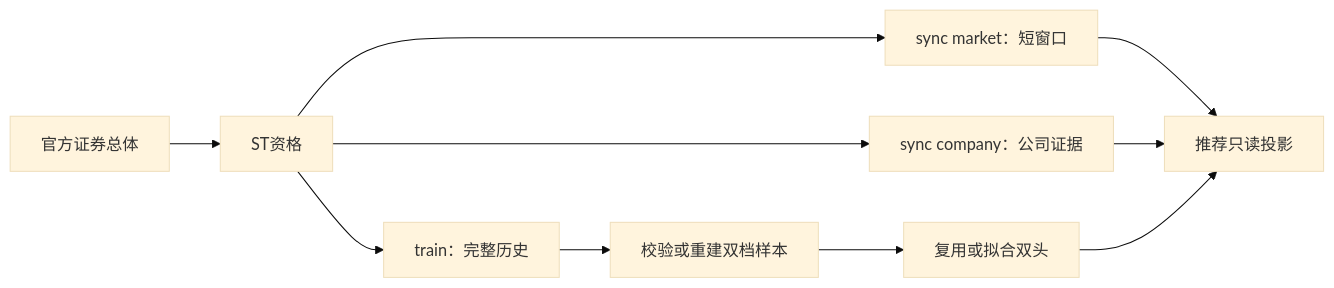
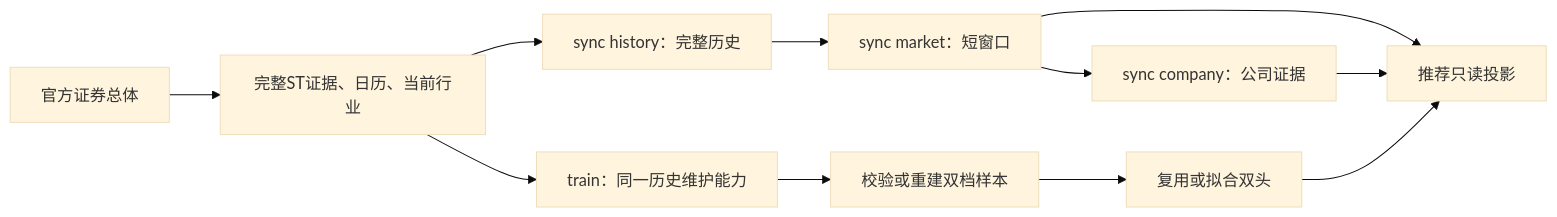
Before and after one commit to 373699756/trader: the first of 2 diagrams in docs/4_下载训练.md, drawn with Mermaid (base theme). The commit also changed other lines of this file and 135 other files, not shown here.

```diff
--- a/docs/4_下载训练.md
+++ b/docs/4_下载训练.md
@@ -24,12 +25,13 @@
 ~~~mermaid
 flowchart LR
-    A["官方证券总体"] --> B["ST资格"]
-    B --> C["sync market：短窗口"]
-    B --> D["sync company：公司证据"]
-    B --> E["train：完整历史"]
-    E --> F["校验或重建双档样本"]
+    A["官方证券总体"] --> B["完整ST证据、日历、当前行业"]
+    B --> E["sync history：完整历史"]
+    E --> C["sync market：短窗口"]
+    C --> D["sync company：公司证据"]
+    B --> T["train：同一历史维护能力"]
+    T --> F["校验或重建双档样本"]
     F --> G["复用或拟合双头"]
     C --> R["推荐只读投影"]
     D --> R
     G --> R
 ~~~
```
